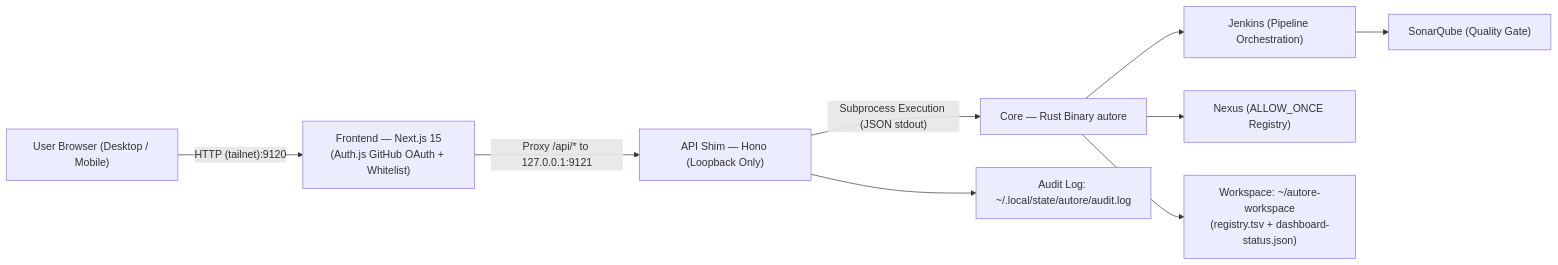
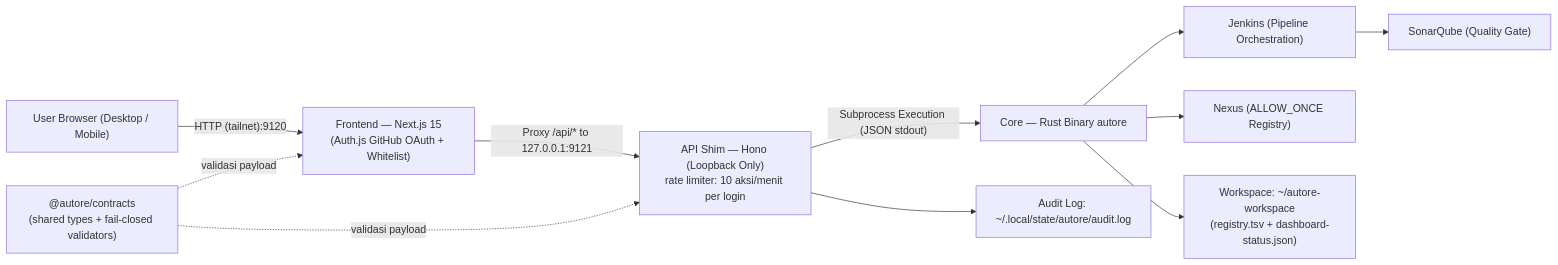
One commit to tugure-git-intern/Autore changed the diagram in README.md. Above: the diagram before and after it, drawn with Mermaid. The commit also changed other lines of this file and 1 other file, not shown here.

````diff
--- a/README.md
+++ b/README.md
@@ -51,11 +56,13 @@
 ```mermaid
 flowchart LR
     U["User Browser (Desktop / Mobile)"] -->|"HTTP (tailnet):9120"| D["Frontend — Next.js 15<br/>(Auth.js GitHub OAuth + Whitelist)"]
-    D -->|"Proxy /api/* to 127.0.0.1:9121"| A["API Shim — Hono (Loopback Only)"]
+    D -->|"Proxy /api/* to 127.0.0.1:9121"| A["API Shim — Hono (Loopback Only)<br/>rate limiter: 10 aksi/menit per login"]
     A -->|"Subprocess Execution (JSON stdout)"| C["Core — Rust Binary autore"]
     C --> J["Jenkins (Pipeline Orchestration)"]
     C --> N["Nexus (ALLOW_ONCE Registry)"]
     J --> S["SonarQube (Quality Gate)"]
     C --> WS["Workspace: ~/autore-workspace<br/>(registry.tsv + dashboard-status.json)"]
     A --> AU["Audit Log: ~/.local/state/autore/audit.log"]
+    K["@autore/contracts<br/>(shared types + fail-closed validators)"] -.->|"validasi payload"| D
+    K -.->|"validasi payload"| A
 ```
````
